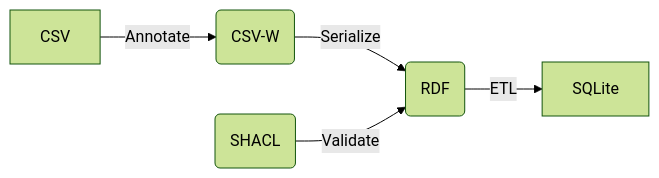
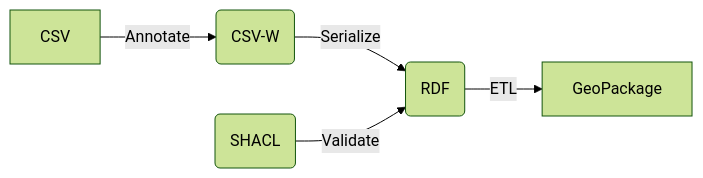
One commit to soilwise-he/soil-observation-data-encodings changed the diagram in CSVW/README.md. Above: the diagram before and after it, drawn with Mermaid (forest theme). The commit also changed other lines of this file, not shown here.

````diff
--- a/CSVW/README.md
+++ b/CSVW/README.md
@@ -80,7 +43,7 @@
 ```mermaid
 flowchart LR
     A[CSV] -->|Annotate| B(CSV-W)
     B -->|Serialize| C(RDF)
     D(SHACL) -->|Validate| C
-    C -->|ETL| E[SQLite]
+    C -->|ETL| E[GeoPackage]
 ```
````
